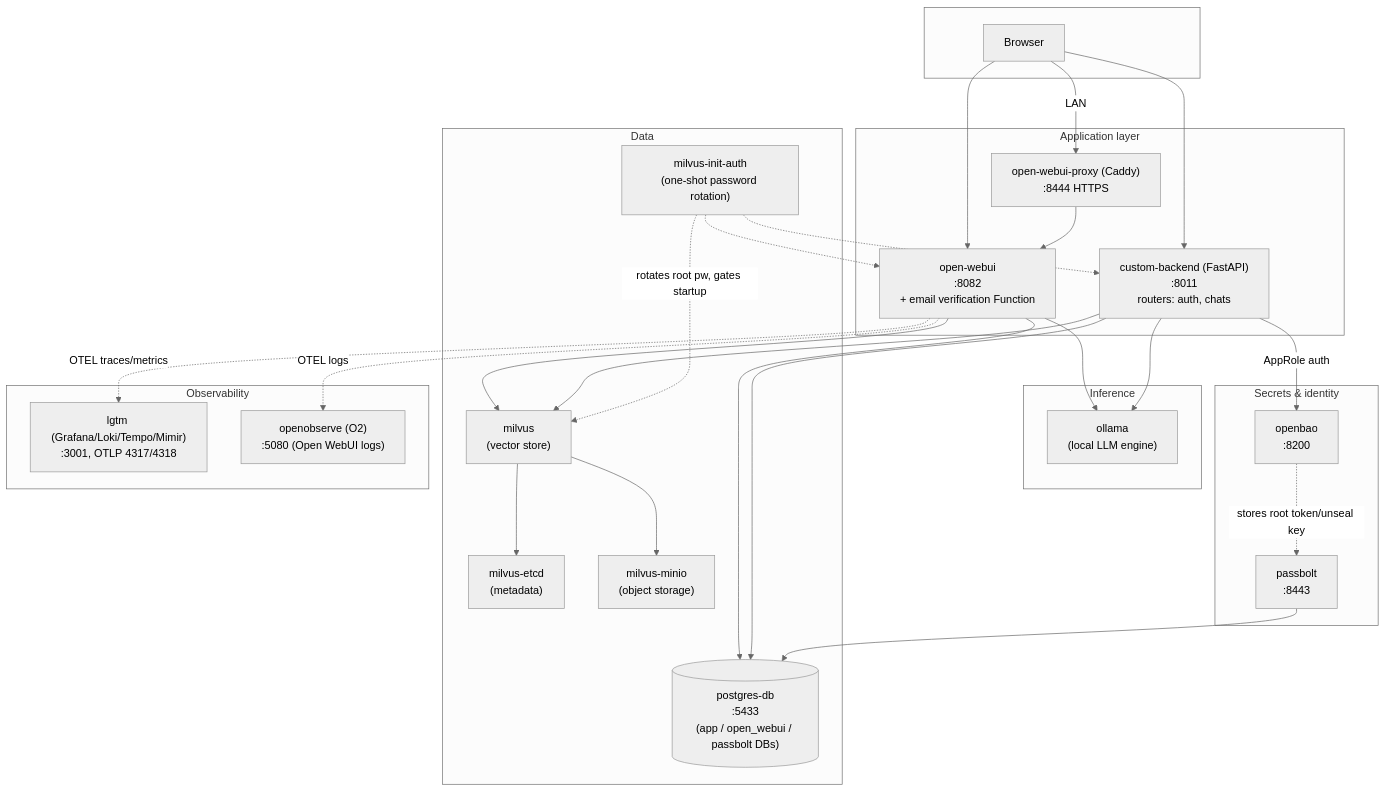
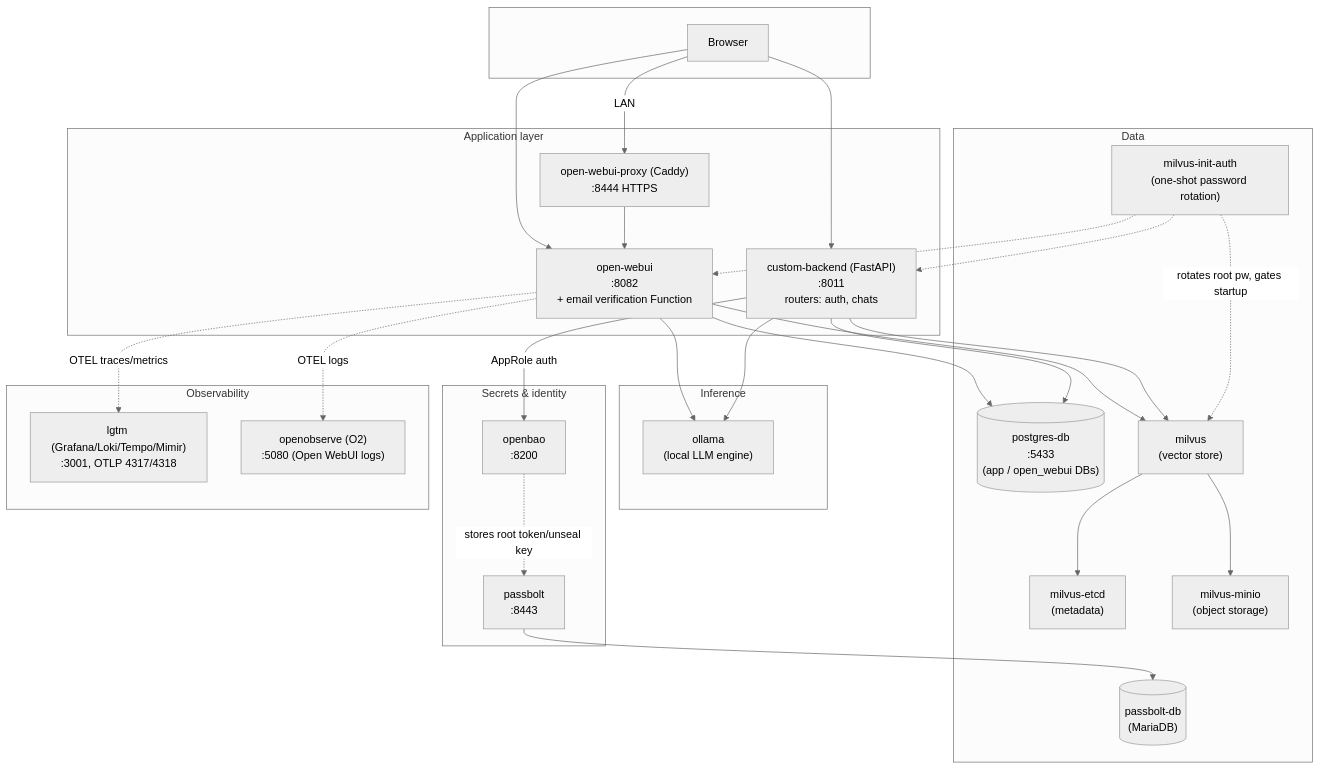
The diagram in README.md (akshatz/laptop-ai-backend), drawn with Mermaid (neutral theme) before and after one commit. The commit also changed other lines of this file and 7 other files, not shown here.

First line of the commit message:
Run Passbolt on its own MariaDB with a persistent HTTPS cert

````diff
--- a/README.md
+++ b/README.md
@@ -7,59 +7,60 @@
 ```mermaid
 flowchart TB
     subgraph client[" "]
         browser["Browser"]
     end
 
     subgraph app["Application layer"]
         proxy["open-webui-proxy (Caddy)\n:8444 HTTPS"]
         webui["open-webui\n:8082\n+ email verification Function"]
         backend["custom-backend (FastAPI)\n:8011\nrouters: auth, chats"]
     end
 
     subgraph inference["Inference"]
         ollama["ollama\n(local LLM engine)"]
     end
 
     subgraph data["Data"]
-        postgres[("postgres-db\n:5433\n(app / open_webui / passbolt DBs)")]
+        postgres[("postgres-db\n:5433\n(app / open_webui DBs)")]
+        passboltDb[("passbolt-db\n(MariaDB)")]
         milvus["milvus\n(vector store)"]
         milvusEtcd["milvus-etcd\n(metadata)"]
         milvusMinio["milvus-minio\n(object storage)"]
         milvusInit["milvus-init-auth\n(one-shot password rotation)"]
     end
 
     subgraph secrets["Secrets & identity"]
         openbao["openbao\n:8200"]
         passbolt["passbolt\n:8443"]
     end
 
     subgraph observability["Observability"]
         lgtm["lgtm (Grafana/Loki/Tempo/Mimir)\n:3001, OTLP 4317/4318"]
         openobserve["openobserve (O2)\n:5080 (Open WebUI logs)"]
     end
 
     browser --> webui
     browser -- LAN --> proxy
     proxy --> webui
     browser --> backend
 
     webui --> ollama
     webui --> milvus
     webui --> postgres
     webui -. OTEL traces/metrics .-> lgtm
     webui -. OTEL logs .-> openobserve
 
     backend --> ollama
     backend --> milvus
     backend --> postgres
     backend -- AppRole auth --> openbao
 
     milvus --> milvusEtcd
     milvus --> milvusMinio
     milvusInit -. rotates root pw, gates startup .-> milvus
     milvusInit -.-> webui
     milvusInit -.-> backend
 
-    passbolt --> postgres
+    passbolt --> passboltDb
     openbao -. stores root token/unseal key .-> passbolt
 ```
````
